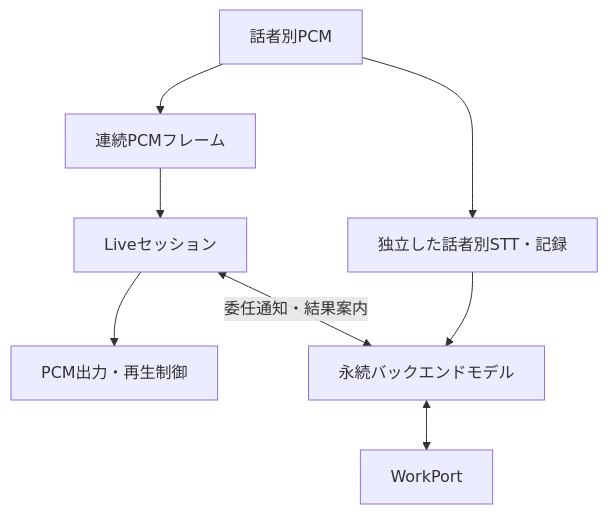
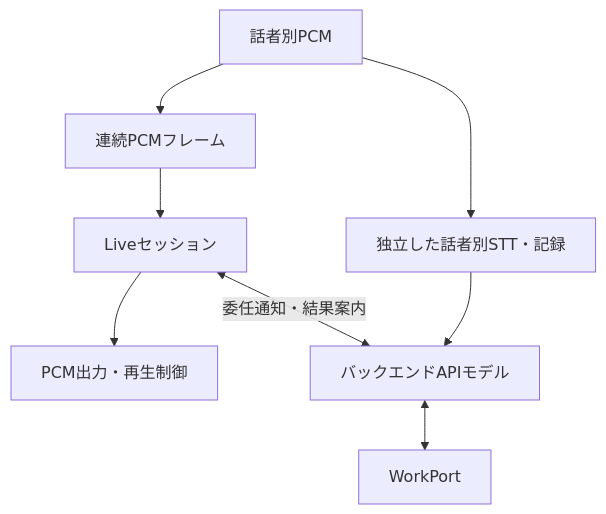
One commit to pikachu0310/personal-context-hub changed the third of 4 diagrams in docs/conversation-modes.md. Above: the diagram before and after it, drawn with Mermaid. The commit also changed other lines of this file and 19 other files, not shown here.

````diff
--- a/docs/conversation-modes.md
+++ b/docs/conversation-modes.md
@@ -66,10 +64,10 @@
 ```mermaid
 flowchart TB
     A["話者別PCM"] --> F["連続PCMフレーム"]
     F --> L["Liveセッション"]
     L --> P["PCM出力・再生制御"]
     A --> S["独立した話者別STT・記録"]
-    S --> M["永続バックエンドモデル"]
+    S --> M["バックエンドAPIモデル"]
     L <-->|"委任通知・結果案内"| M
     M <--> W["WorkPort"]
 ```
````
